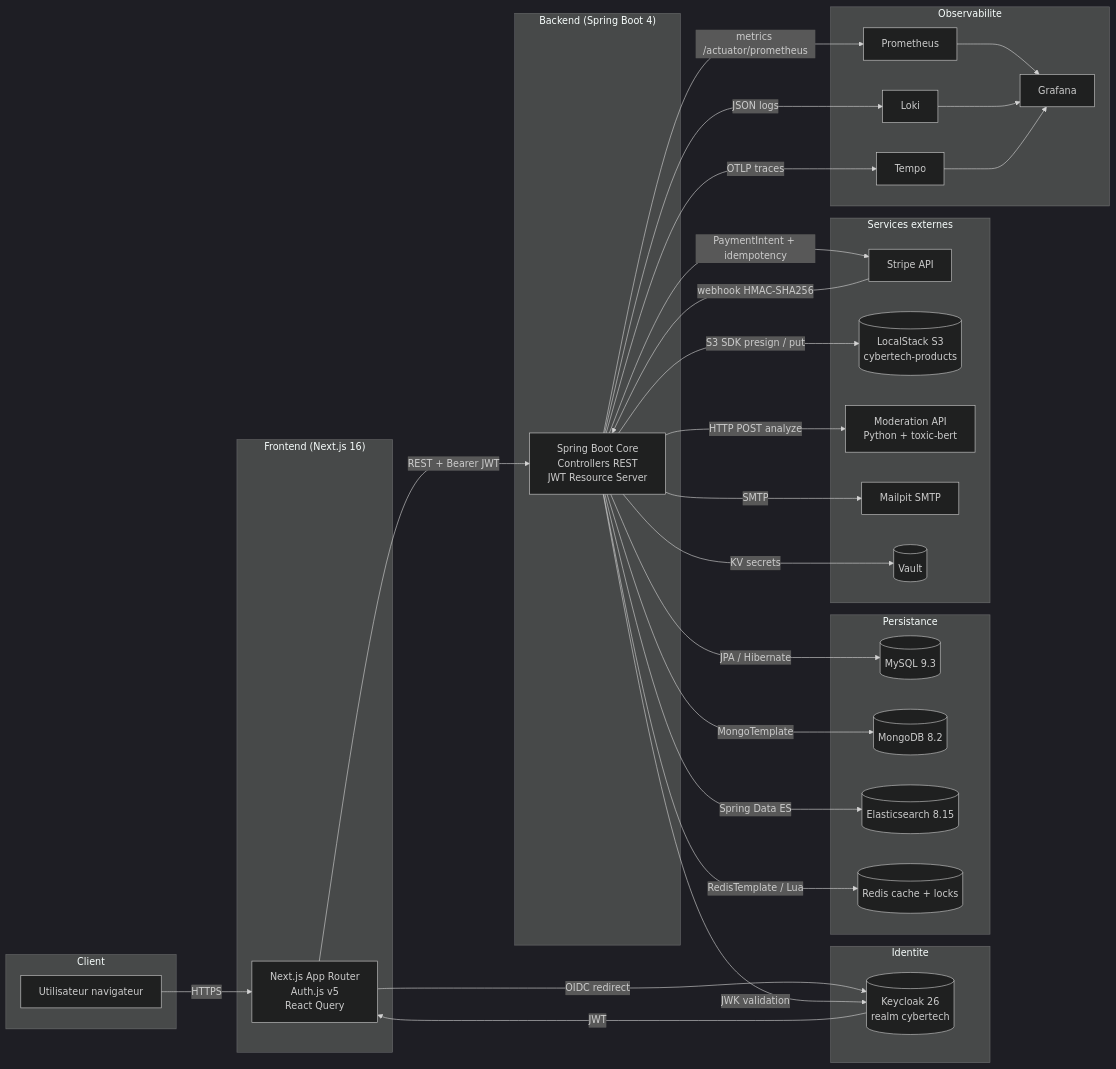
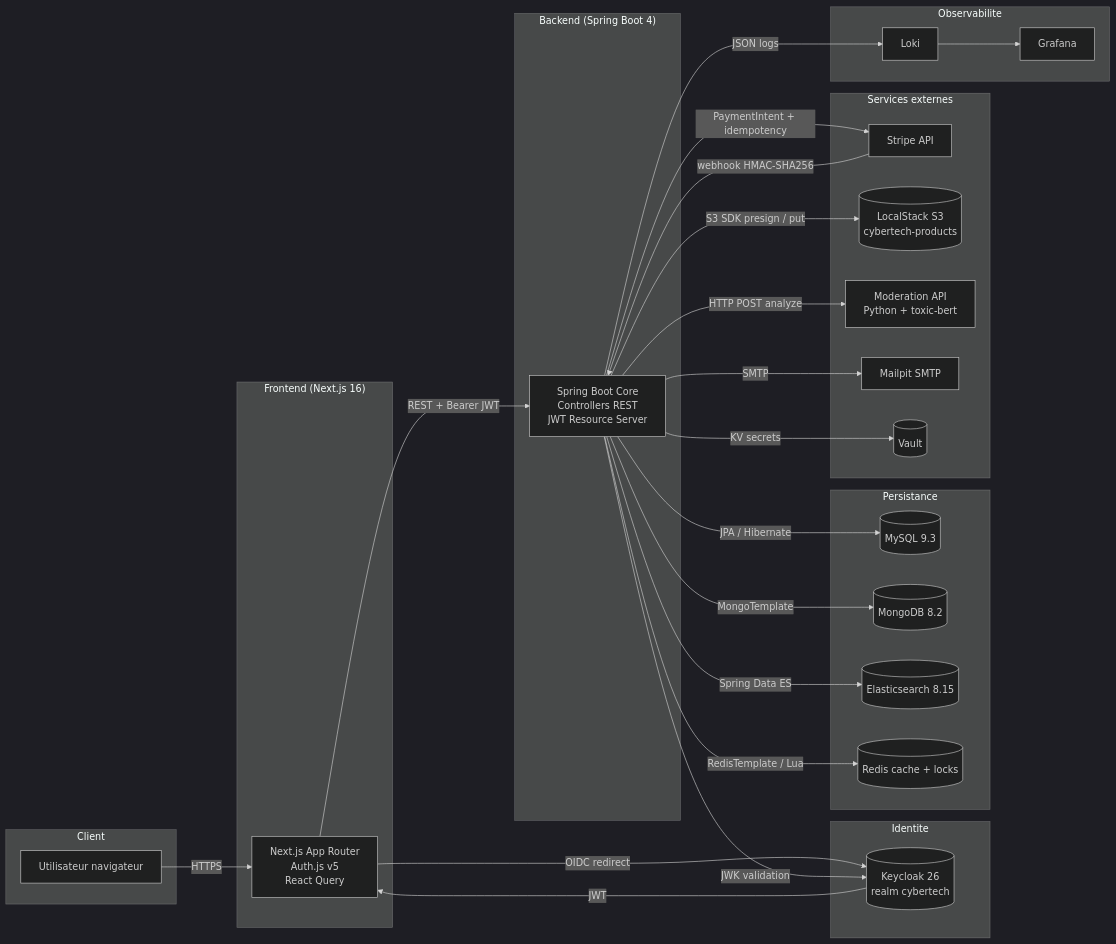
Before and after one commit to ZETROV93XB47/cybertech-Ecommerce: the first of 9 diagrams in readme.md, drawn with Mermaid (dark theme). The commit also changed other lines of this file and 49 other files, not shown here.

````diff
--- a/readme.md
+++ b/readme.md
@@ -140,65 +139,59 @@
 ```mermaid
 flowchart LR
     subgraph Client
         U[Utilisateur navigateur]
     end
 
     subgraph Frontend["Frontend (Next.js 16)"]
         FE[Next.js App Router<br/>Auth.js v5<br/>React Query]
     end
 
     subgraph Auth["Identite"]
         KC[(Keycloak 26<br/>realm cybertech)]
     end
 
     subgraph Backend["Backend (Spring Boot 4)"]
         API[Spring Boot Core<br/>Controllers REST<br/>JWT Resource Server]
     end
 
     subgraph Data["Persistance"]
         MY[(MySQL 9.3)]
         MG[(MongoDB 8.2)]
         ES[(Elasticsearch 8.15)]
         RD[(Redis cache + locks)]
     end
 
     subgraph External["Services externes"]
         ST[Stripe API]
         S3[(LocalStack S3<br/>cybertech-products)]
         MD[Moderation API<br/>Python + toxic-bert]
         MP[Mailpit SMTP]
         VL[(Vault)]
     end
 
     subgraph Observability["Observabilite"]
-        PM[Prometheus]
         LK[Loki]
-        TM[Tempo]
         GF[Grafana]
     end
 
     U -->|HTTPS| FE
     FE -->|OIDC redirect| KC
     KC -->|JWT| FE
     FE -->|REST + Bearer JWT| API
     API -->|JWK validation| KC
 
     API -->|JPA / Hibernate| MY
     API -->|MongoTemplate| MG
     API -->|Spring Data ES| ES
     API -->|RedisTemplate / Lua| RD
 
     API -->|PaymentIntent + idempotency| ST
     ST -->|webhook HMAC-SHA256| API
     API -->|S3 SDK presign / put| S3
     API -->|HTTP POST analyze| MD
     API -->|SMTP| MP
     API -->|KV secrets| VL
 
-    API -->|metrics /actuator/prometheus| PM
     API -->|JSON logs| LK
-    API -->|OTLP traces| TM
-    PM --> GF
     LK --> GF
-    TM --> GF
 ```
````
